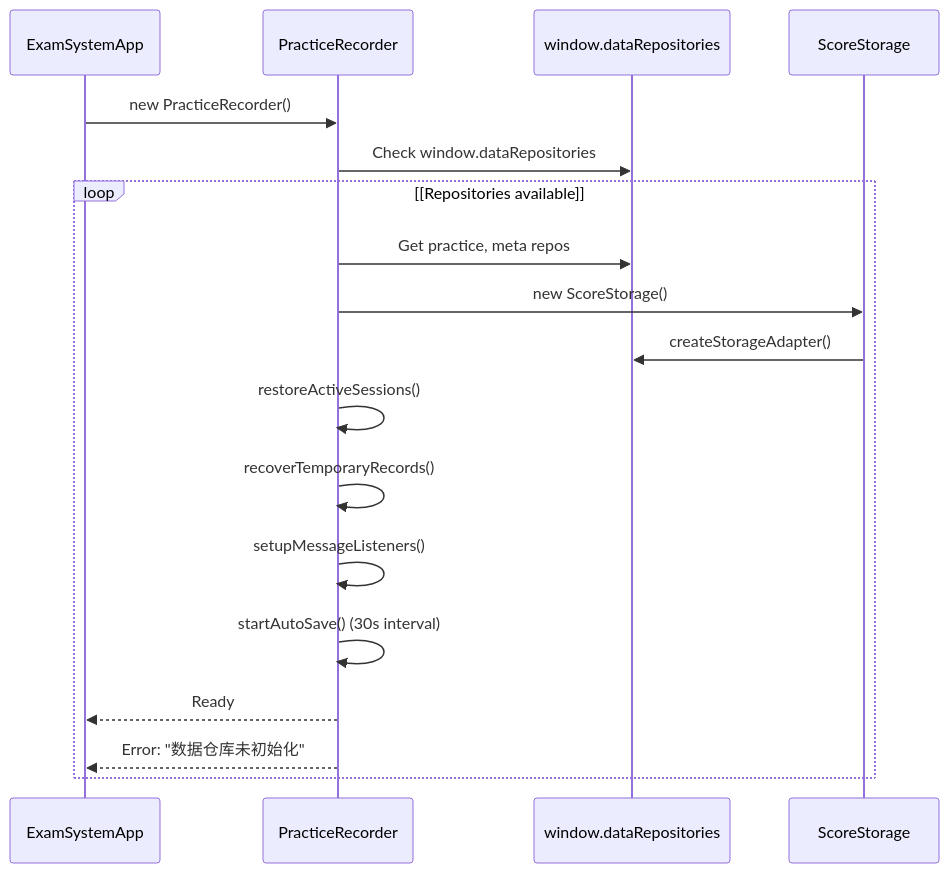
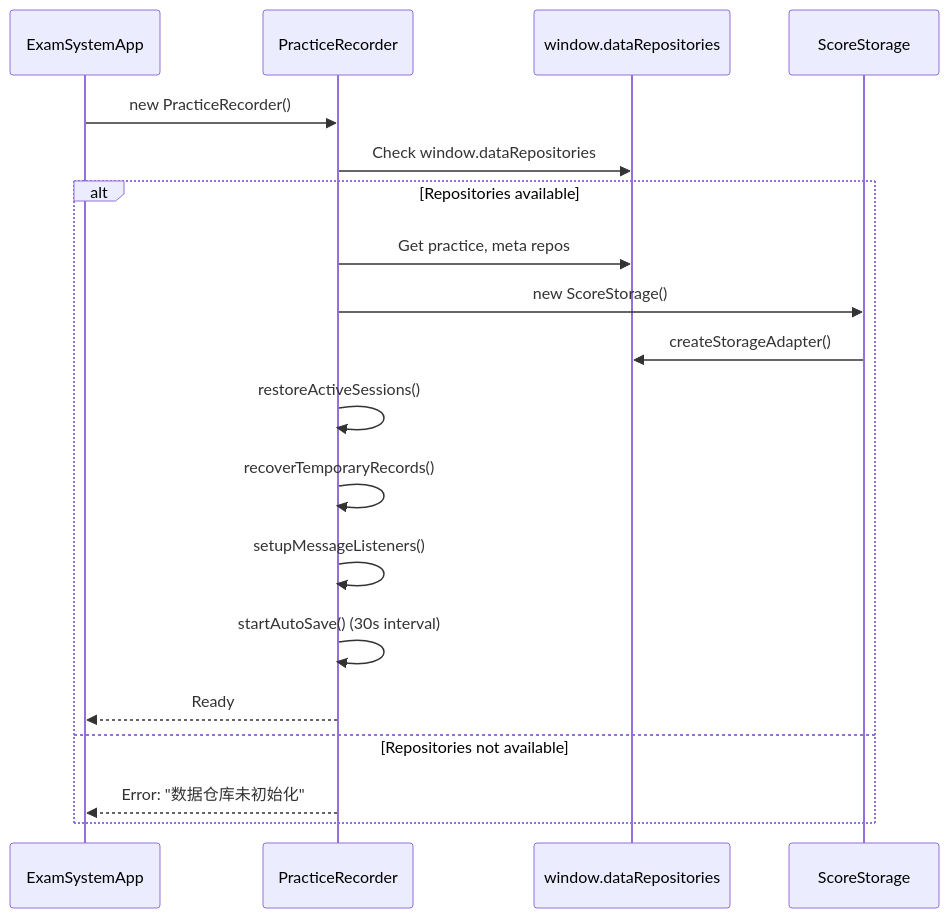
Before and after one commit to sallowayma-git/IELTS-practice: the second of 22 diagrams in developer/doc/Wiki/Data-Management-System.md, drawn with Mermaid. The commit also changed other lines of this file and 84 other files, not shown here.

````diff
--- a/developer/doc/Wiki/Data-Management-System.md
+++ b/developer/doc/Wiki/Data-Management-System.md
@@ -111,21 +112,22 @@
 ```mermaid
 sequenceDiagram
-  participant ExamSystemApp
-  participant PracticeRecorder
-  participant window.dataRepositories
-  participant ScoreStorage
+  participant p1 as ExamSystemApp
+  participant p2 as PracticeRecorder
+  participant p3 as window.dataRepositories
+  participant p4 as ScoreStorage
 
-  ExamSystemApp->>PracticeRecorder: new PracticeRecorder()
-  PracticeRecorder->>window.dataRepositories: Check window.dataRepositories
-  loop [Repositories available]
-    PracticeRecorder->>window.dataRepositories: Get practice, meta repos
-    PracticeRecorder->>ScoreStorage: new ScoreStorage()
-    ScoreStorage->>window.dataRepositories: createStorageAdapter()
-    PracticeRecorder->>PracticeRecorder: restoreActiveSessions()
-    PracticeRecorder->>PracticeRecorder: recoverTemporaryRecords()
-    PracticeRecorder->>PracticeRecorder: setupMessageListeners()
-    PracticeRecorder->>PracticeRecorder: startAutoSave() (30s interval)
-    PracticeRecorder-->>ExamSystemApp: Ready
-    PracticeRecorder-->>ExamSystemApp: Error: "数据仓库未初始化"
+  p1->>p2: new PracticeRecorder()
+  p2->>p3: Check window.dataRepositories
+  alt Repositories available
+    p2->>p3: Get practice, meta repos
+    p2->>p4: new ScoreStorage()
+    p4->>p3: createStorageAdapter()
+    p2->>p2: restoreActiveSessions()
+    p2->>p2: recoverTemporaryRecords()
+    p2->>p2: setupMessageListeners()
+    p2->>p2: startAutoSave() (30s interval)
+    p2-->>p1: Ready
+  else Repositories not available
+    p2-->>p1: Error: "数据仓库未初始化"
   end
 ```
````
